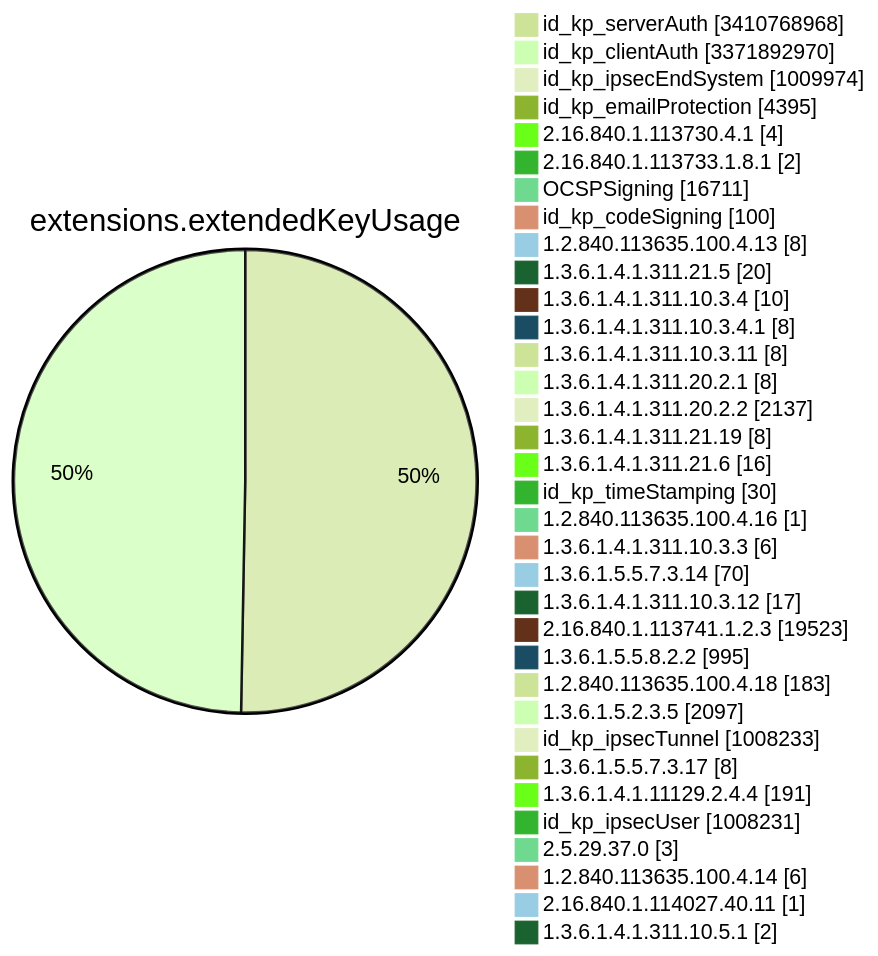
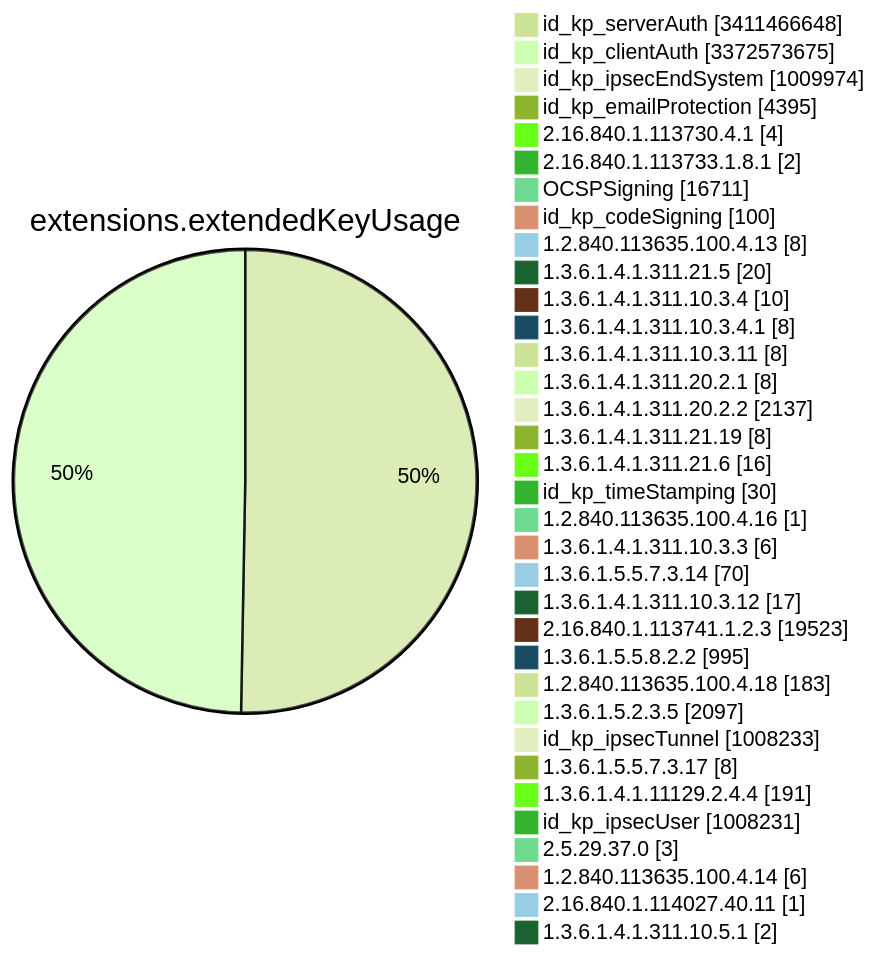
Before and after one commit to christiankrug/ctmonitor_visualization: diagram 11 of 15 in TOTAL/README.md, drawn with Mermaid (forest theme). The commit also changed other lines of this file, not shown here.

````diff
--- a/TOTAL/README.md
+++ b/TOTAL/README.md
@@ -4121,38 +4121,38 @@
 ```mermaid
 pie showData
 title extensions.extendedKeyUsage
-"id_kp_serverAuth" :3410768968
-"id_kp_clientAuth" :3371892970
+"id_kp_serverAuth" :3411466648
+"id_kp_clientAuth" :3372573675
 "id_kp_ipsecEndSystem" :1009974
 "id_kp_emailProtection" :4395
 "2.16.840.1.113730.4.1" :4
 "2.16.840.1.113733.1.8.1" :2
 "OCSPSigning" :16711
 "id_kp_codeSigning" :100
 "1.2.840.113635.100.4.13" :8
 "1.3.6.1.4.1.311.21.5" :20
 "1.3.6.1.4.1.311.10.3.4" :10
 "1.3.6.1.4.1.311.10.3.4.1" :8
 "1.3.6.1.4.1.311.10.3.11" :8
 "1.3.6.1.4.1.311.20.2.1" :8
 "1.3.6.1.4.1.311.20.2.2" :2137
 "1.3.6.1.4.1.311.21.19" :8
 "1.3.6.1.4.1.311.21.6" :16
 "id_kp_timeStamping" :30
 "1.2.840.113635.100.4.16" :1
 "1.3.6.1.4.1.311.10.3.3" :6
 "1.3.6.1.5.5.7.3.14" :70
 "1.3.6.1.4.1.311.10.3.12" :17
 "2.16.840.1.113741.1.2.3" :19523
 "1.3.6.1.5.5.8.2.2" :995
 "1.2.840.113635.100.4.18" :183
 "1.3.6.1.5.2.3.5" :2097
 "id_kp_ipsecTunnel" :1008233
 "1.3.6.1.5.5.7.3.17" :8
 "1.3.6.1.4.1.11129.2.4.4" :191
 "id_kp_ipsecUser" :1008231
 "2.5.29.37.0" :3
 "1.2.840.113635.100.4.14" :6
 "2.16.840.1.114027.40.11" :1
 "1.3.6.1.4.1.311.10.5.1" :2
 ```
````
